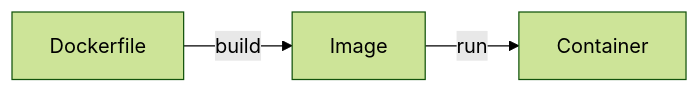
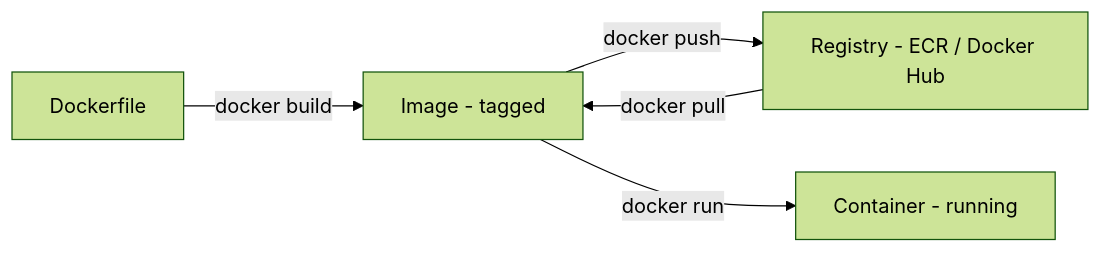
Before and after one commit to suryanaveen123/devops-crash-course: the third of 5 diagrams in devops-crash-course/docs/day-05-docker.md, drawn with Mermaid (forest theme). The commit also changed other lines of this file, not shown here.

````diff
--- a/devops-crash-course/docs/day-05-docker.md
+++ b/devops-crash-course/docs/day-05-docker.md
@@ -36,9 +107,12 @@
 ```mermaid
 flowchart LR
   Dockerfile[Dockerfile]
-  Image[Image]
-  Container[Container]
+  Image[Image - tagged]
+  Registry[Registry - ECR / Docker Hub]
+  Container[Container - running]
 
-  Dockerfile -->|build| Image
-  Image -->|run| Container
+  Dockerfile -->|docker build| Image
+  Image -->|docker push| Registry
+  Registry -->|docker pull| Image
+  Image -->|docker run| Container
 ```
````
